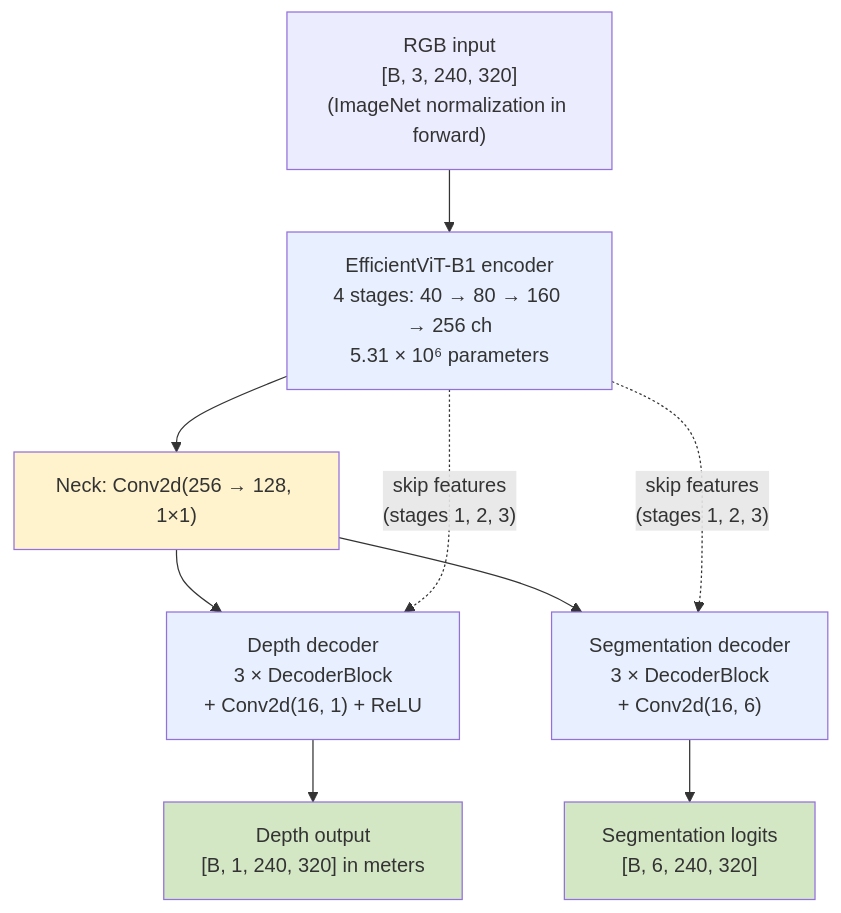
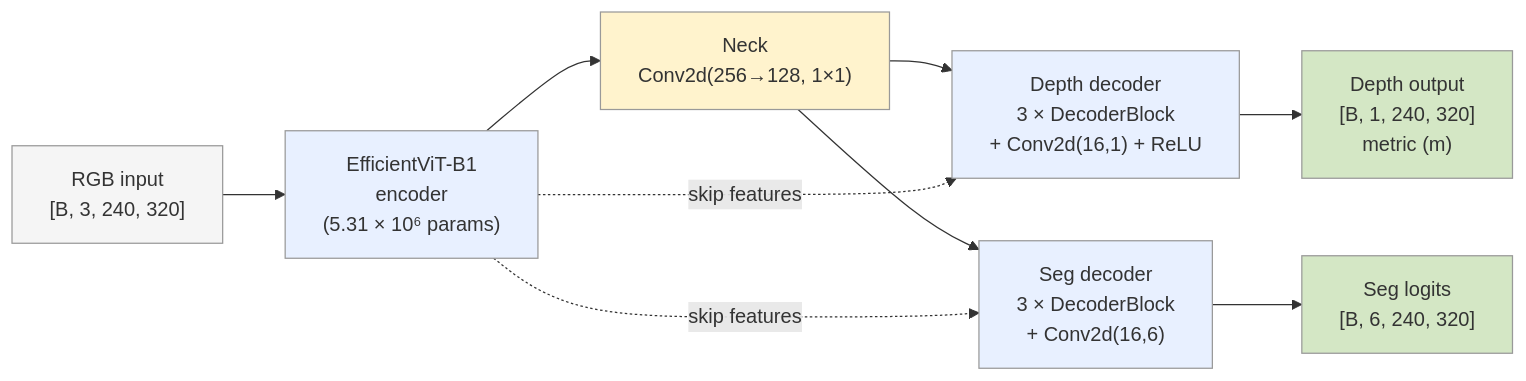
The second of 4 diagrams in docs/architecture.md (Nishant-ZFYII/ml_inference), drawn with Mermaid before and after one commit. The commit also changed other lines of this file, not shown here.

```diff
--- a/docs/architecture.md
+++ b/docs/architecture.md
@@ -54,30 +43,21 @@
 <div class="mermaid">
-flowchart TB
-    IN["RGB input<br/>[B, 3, 240, 320]<br/>(ImageNet normalization in forward)"]
+flowchart LR
+    IN["RGB input<br/>[B, 3, 240, 320]"]:::input
+    ENC["EfficientViT-B1<br/>encoder<br/>(5.31 × 10⁶ params)"]:::block
+    NECK["Neck<br/>Conv2d(256→128, 1×1)"]:::neck
+    DEC_D["Depth decoder<br/>3 × DecoderBlock<br/>+ Conv2d(16,1) + ReLU"]:::block
+    DEC_S["Seg decoder<br/>3 × DecoderBlock<br/>+ Conv2d(16,6)"]:::block
+    OUT_D["Depth output<br/>[B, 1, 240, 320]<br/>metric (m)"]:::output
+    OUT_S["Seg logits<br/>[B, 6, 240, 320]"]:::output
 
-    ENC["EfficientViT-B1 encoder<br/>4 stages: 40 → 80 → 160 → 256 ch<br/>5.31 × 10⁶ parameters"]
+    IN --> ENC --> NECK
+    NECK --> DEC_D --> OUT_D
+    NECK --> DEC_S --> OUT_S
+    ENC -.skip features.-> DEC_D
+    ENC -.skip features.-> DEC_S
 
-    NECK["Neck: Conv2d(256 → 128, 1×1)"]
-
-    DEC_D["Depth decoder<br/>3 × DecoderBlock<br/>+ Conv2d(16, 1) + ReLU"]
-    DEC_S["Segmentation decoder<br/>3 × DecoderBlock<br/>+ Conv2d(16, 6)"]
-
-    OUT_D["Depth output<br/>[B, 1, 240, 320] in meters"]
-    OUT_S["Segmentation logits<br/>[B, 6, 240, 320]"]
-
-    IN --> ENC
-    ENC --> NECK
-    NECK --> DEC_D
-    NECK --> DEC_S
-    ENC -.skip features<br/>(stages 1, 2, 3).-> DEC_D
-    ENC -.skip features<br/>(stages 1, 2, 3).-> DEC_S
-    DEC_D --> OUT_D
-    DEC_S --> OUT_S
-
-    style ENC fill:#e8f0ff
-    style NECK fill:#fff3cd
-    style DEC_D fill:#e8f0ff
-    style DEC_S fill:#e8f0ff
-    style OUT_D fill:#d4e7c5
-    style OUT_S fill:#d4e7c5
+    classDef input fill:#f5f5f5,stroke:#999
+    classDef block fill:#e8f0ff,stroke:#999
+    classDef neck fill:#fff3cd,stroke:#999
+    classDef output fill:#d4e7c5,stroke:#999
 </div>
```
